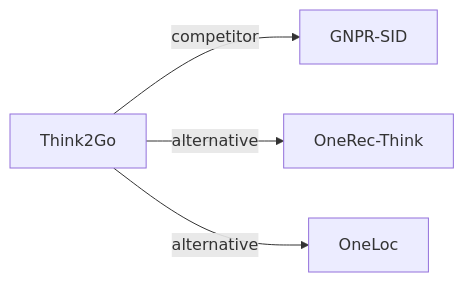
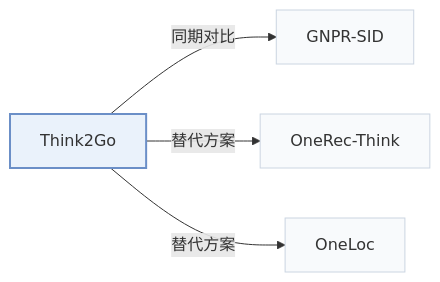
Before and after one commit to Galaxy-ghost/Awesome-SID-Generative-Rec: the third of 3 diagrams in pages/zh/papers/think2go.md, drawn with Mermaid. The commit also changed other lines of this file and 649 other files, not shown here.

Commit message:
writer-05: also tags and modality index (schema, check, build, visuals); summary field removed; calibration data for 12 papers

````diff
--- a/pages/zh/papers/think2go.md
+++ b/pages/zh/papers/think2go.md
@@ -131,7 +138,11 @@
 ```mermaid
 flowchart LR
     P["Think2Go"]
-    P -->|competitor| A["GNPR-SID"]
-    P -->|alternative| B["OneRec-Think"]
-    P -->|alternative| C["OneLoc"]
+    P -->|"同期对比"| A["GNPR-SID"]
+    P -->|"替代方案"| B["OneRec-Think"]
+    P -->|"替代方案"| C["OneLoc"]
+    classDef main fill:#eaf2fb,stroke:#6b8fc7,stroke-width:2px
+    classDef peer fill:#f8fafc,stroke:#cbd5e1
+    class P main
+    class A,B,C peer
 ```
````
